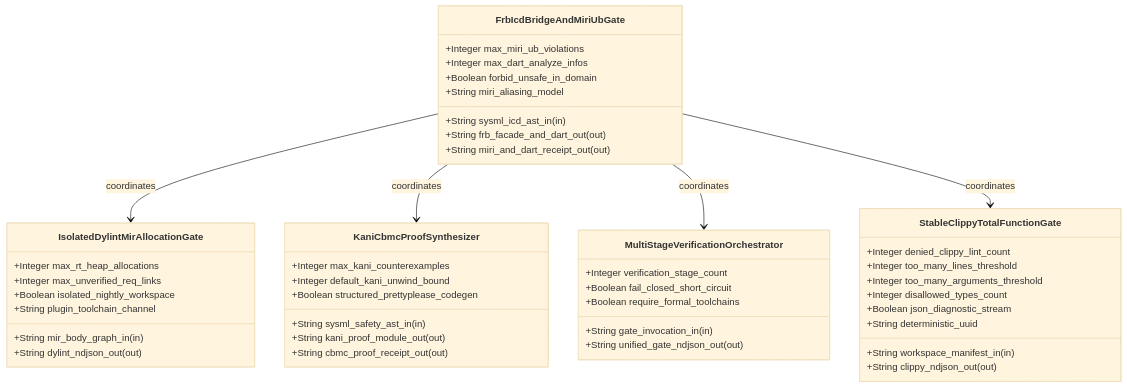
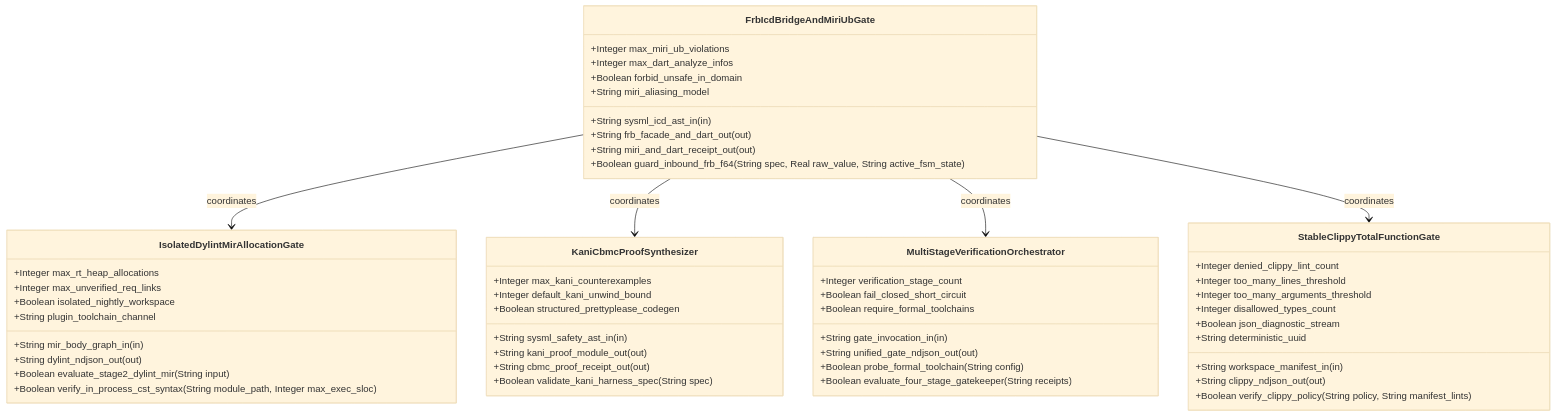
The first of 2 diagrams in .pipeline/upstream/docs/epics/EPIC-09-BP_09_Multi_Stage_Compiler_and_Formal_Verification_Gatekeeper.md (gintatkinson/DEAP01-spec-core), drawn with Mermaid (base theme) before and after one commit. The commit also changed other lines of this file and 225 other files, not shown here.

````diff
--- a/.pipeline/upstream/docs/epics/EPIC-09-BP_09_Multi_Stage_Compiler_and_Formal_Verification_Gatekeeper.md
+++ b/.pipeline/upstream/docs/epics/EPIC-09-BP_09_Multi_Stage_Compiler_and_Formal_Verification_Gatekeeper.md
@@ -60,49 +95,56 @@
 ```mermaid
 classDiagram
     class FrbIcdBridgeAndMiriUbGate {
         +String sysml_icd_ast_in (in)
         +String frb_facade_and_dart_out (out)
         +String miri_and_dart_receipt_out (out)
         +Integer max_miri_ub_violations
         +Integer max_dart_analyze_infos
         +Boolean forbid_unsafe_in_domain
         +String miri_aliasing_model
+        +Boolean guard_inbound_frb_f64(String spec, Real raw_value, String active_fsm_state)
     }
     class IsolatedDylintMirAllocationGate {
         +String mir_body_graph_in (in)
         +String dylint_ndjson_out (out)
         +Integer max_rt_heap_allocations
         +Integer max_unverified_req_links
         +Boolean isolated_nightly_workspace
         +String plugin_toolchain_channel
+        +Boolean evaluate_stage2_dylint_mir(String input)
+        +Boolean verify_in_process_cst_syntax(String module_path, Integer max_exec_sloc)
     }
     class KaniCbmcProofSynthesizer {
         +String sysml_safety_ast_in (in)
         +String kani_proof_module_out (out)
         +String cbmc_proof_receipt_out (out)
         +Integer max_kani_counterexamples
         +Integer default_kani_unwind_bound
         +Boolean structured_prettyplease_codegen
+        +Boolean validate_kani_harness_spec(String spec)
     }
     class MultiStageVerificationOrchestrator {
         +String gate_invocation_in (in)
         +String unified_gate_ndjson_out (out)
         +Integer verification_stage_count
         +Boolean fail_closed_short_circuit
         +Boolean require_formal_toolchains
+        +Boolean probe_formal_toolchain(String config)
+        +Boolean evaluate_four_stage_gatekeeper(String receipts)
     }
     class StableClippyTotalFunctionGate {
         +String workspace_manifest_in (in)
         +String clippy_ndjson_out (out)
         +Integer denied_clippy_lint_count
         +Integer too_many_lines_threshold
         +Integer too_many_arguments_threshold
         +Integer disallowed_types_count
         +Boolean json_diagnostic_stream
         +String deterministic_uuid
+        +Boolean verify_clippy_policy(String policy, String manifest_lints)
     }
     FrbIcdBridgeAndMiriUbGate --> IsolatedDylintMirAllocationGate : coordinates
     FrbIcdBridgeAndMiriUbGate --> KaniCbmcProofSynthesizer : coordinates
     FrbIcdBridgeAndMiriUbGate --> MultiStageVerificationOrchestrator : coordinates
     FrbIcdBridgeAndMiriUbGate --> StableClippyTotalFunctionGate : coordinates
 ```
````
